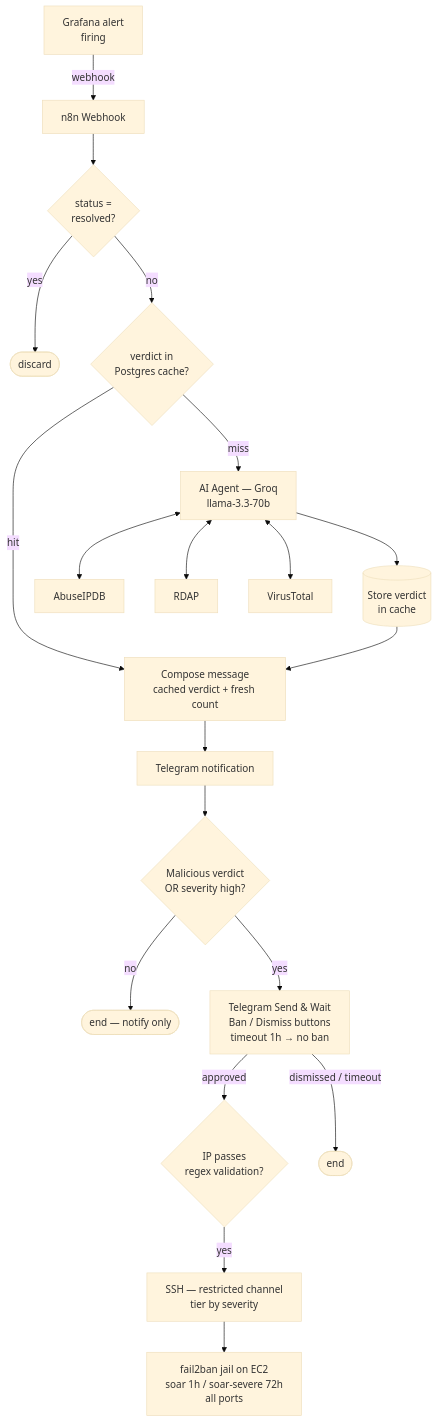
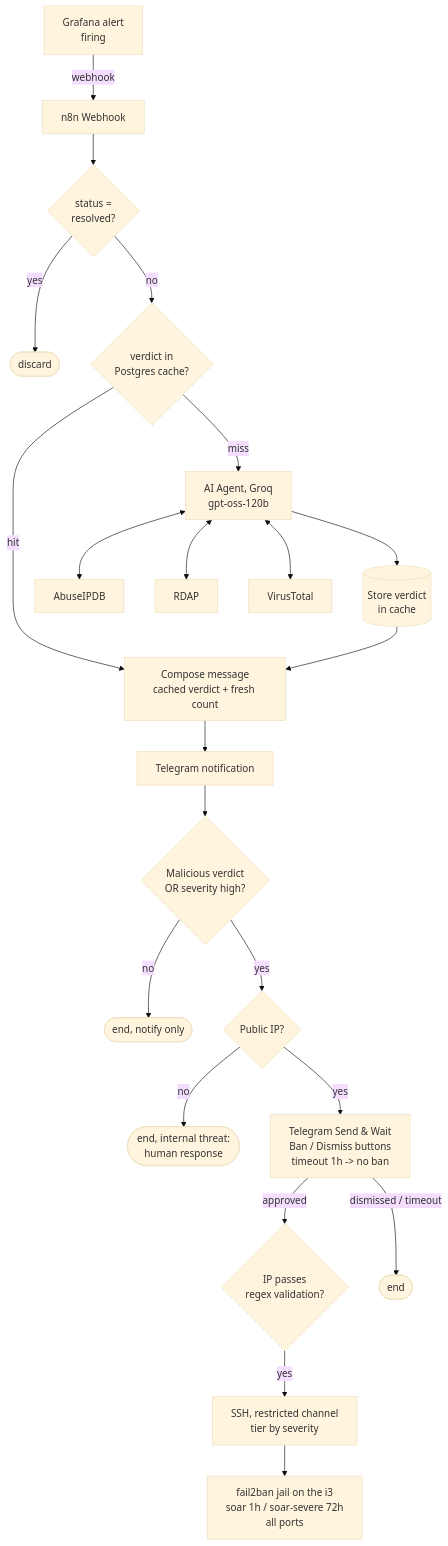
Before and after one commit to JoseArgento/wow-classic-secure-lab: the diagram in docs/soar-pipeline.md, drawn with Mermaid (base theme). The commit also changed other lines of this file and 14 other files, not shown here.

Commit message:
docs: README v3, ADR-001, modelo de amenazas, diagrama y evidencia

````diff
--- a/docs/soar-pipeline.md
+++ b/docs/soar-pipeline.md
@@ -27,22 +34,24 @@
 ```mermaid
 flowchart TD
     G[Grafana alert<br/>firing] -->|webhook| W[n8n Webhook]
     W --> F{status =<br/>resolved?}
     F -->|yes| X1([discard])
     F -->|no| C{verdict in<br/>Postgres cache?}
     C -->|hit| M[Compose message<br/>cached verdict + fresh count]
-    C -->|miss| A[AI Agent — Groq<br/>llama-3.3-70b]
+    C -->|miss| A[AI Agent, Groq<br/>gpt-oss-120b]
     A <--> T1[AbuseIPDB]
     A <--> T2[RDAP]
     A <--> T3[VirusTotal]
     A --> S[(Store verdict<br/>in cache)]
     S --> M
     M --> TG[Telegram notification]
     TG --> IF{Malicious verdict<br/>OR severity high?}
-    IF -->|no| X2([end — notify only])
-    IF -->|yes| SW[Telegram Send & Wait<br/>Ban / Dismiss buttons<br/>timeout 1h → no ban]
+    IF -->|no| X2([end, notify only])
+    IF -->|yes| PUB{Public IP?}
+    PUB -->|no| X4([end, internal threat:<br/>human response])
+    PUB -->|yes| SW[Telegram Send & Wait<br/>Ban / Dismiss buttons<br/>timeout 1h -> no ban]
     SW -->|approved| RX{IP passes<br/>regex validation?}
     SW -->|dismissed / timeout| X3([end])
-    RX -->|yes| SSH[SSH — restricted channel<br/>tier by severity]
-    SSH --> J[fail2ban jail on EC2<br/>soar 1h / soar-severe 72h<br/>all ports]
+    RX -->|yes| SSH[SSH, restricted channel<br/>tier by severity]
+    SSH --> J[fail2ban jail on the i3<br/>soar 1h / soar-severe 72h<br/>all ports]
 ```
````
